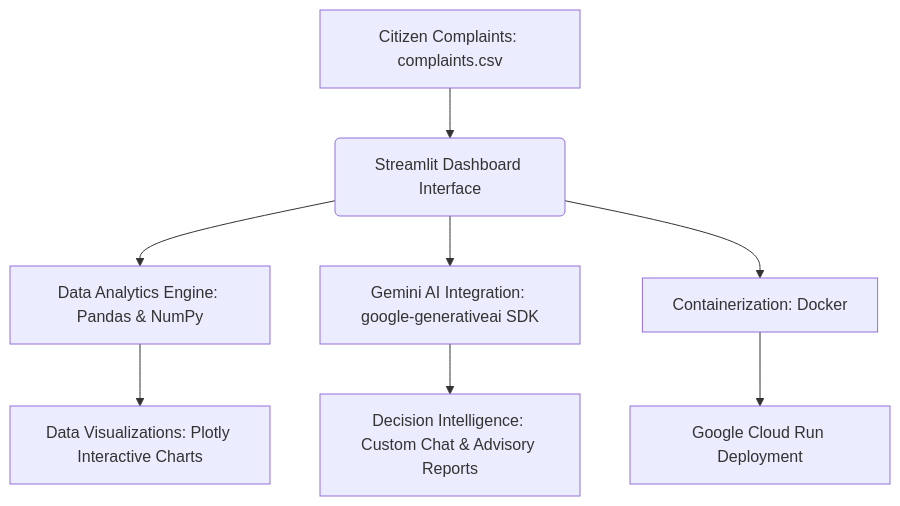
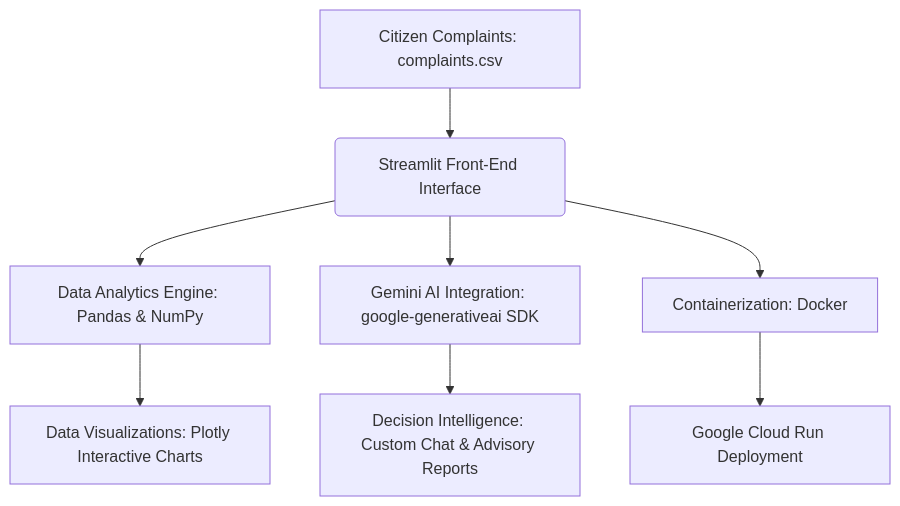
The first of 3 diagrams in README.md (tirthgandhi9905/community-pulse), drawn with Mermaid before and after one commit. The commit also changed other lines of this file, not shown here.

````diff
--- a/README.md
+++ b/README.md
@@ -42,10 +42,10 @@
 ```mermaid
 graph TD
-    A[Citizen Complaints: complaints.csv] --> B(Streamlit Dashboard Interface)
+    A[Citizen Complaints: complaints.csv] --> B(Streamlit Front-End Interface)
     B --> C[Data Analytics Engine: Pandas & NumPy]
     C --> D[Data Visualizations: Plotly Interactive Charts]
     B --> E[Gemini AI Integration: google-generativeai SDK]
     E --> F[Decision Intelligence: Custom Chat & Advisory Reports]
     B --> G[Containerization: Docker]
     G --> H[Google Cloud Run Deployment]
 ```
````
